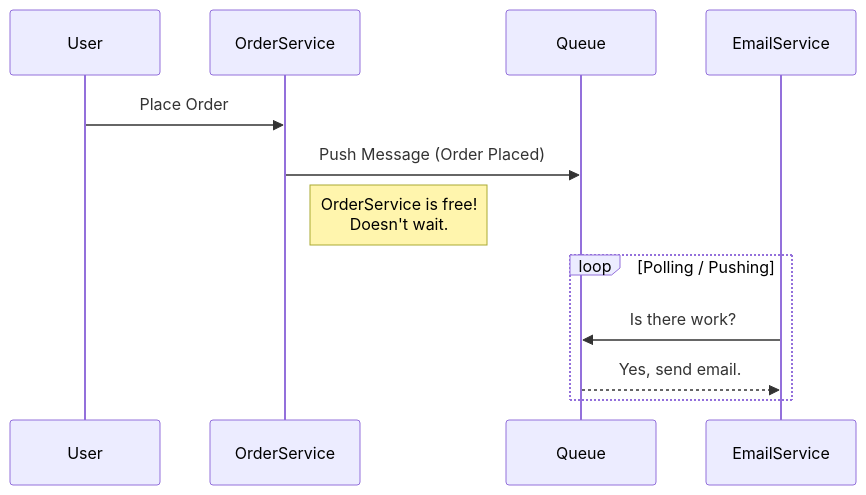
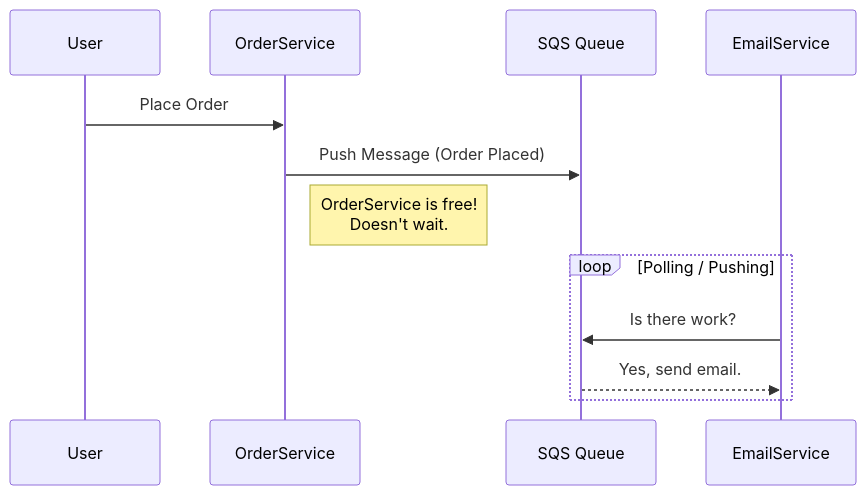
Before and after one commit to Vedant-Kaushik/WhatsApp_Chatbot: the first of 7 diagrams in LEARNING_LOG.md, drawn with Mermaid. The commit also changed other lines of this file, not shown here.

Commit message:
docs: add day 4 kafka notes and update diagrams with aws services

````diff
--- a/LEARNING_LOG.md
+++ b/LEARNING_LOG.md
@@ -29,16 +29,16 @@
 ```mermaid
 sequenceDiagram
     participant User
     participant OrderService
-    participant Queue
+    participant Queue as SQS Queue
     participant EmailService
 
     User->>OrderService: Place Order
     OrderService->>Queue: Push Message (Order Placed)
     Note right of OrderService: OrderService is free! <br/> Doesn't wait.
     
     loop Polling / Pushing
         EmailService->>Queue: Is there work?
         Queue-->>EmailService: Yes, send email.
     end
 ```
````
